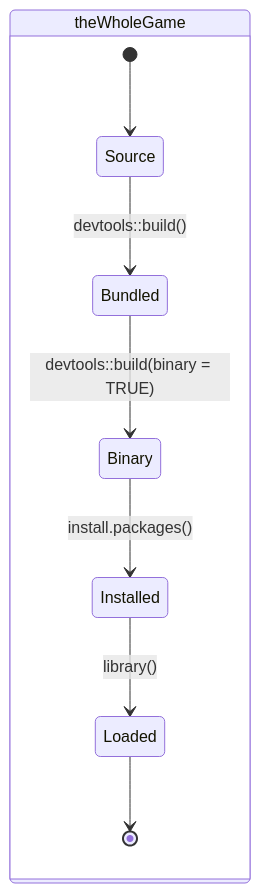
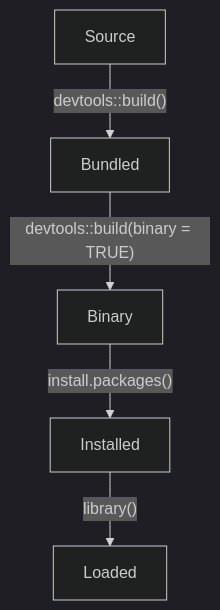
The first of 4 diagrams in index.qmd (rstats-wtf/wtf-personal-radmin-slides), drawn with Mermaid before and after one commit. The commit also changed other lines of this file, not shown here.

Commit message:
mermaid dark mode, state machine --> flowchart

````diff
--- a/index.qmd
+++ b/index.qmd
@@ -446,11 +446,8 @@
 ```{mermaid}
-stateDiagram-v2
-state theWholeGame {
-[*] --> Source
-Source --> Bundled: devtools#58;#58;build()
-Bundled --> Binary: devtools#58;#58;build(binary = TRUE)
-Binary --> Installed: install.packages()
-Installed --> Loaded: library()
-Loaded --> [*]
-}
+%%{init: {"theme": "dark" } }%%
+graph TD
+Source -- "devtools::build()" --> Bundled
+Bundled -- "devtools::build(binary = TRUE)"--> Binary 
+Binary --"install.packages()"--> Installed 
+Installed --"library()"--> Loaded 
 ```
````
